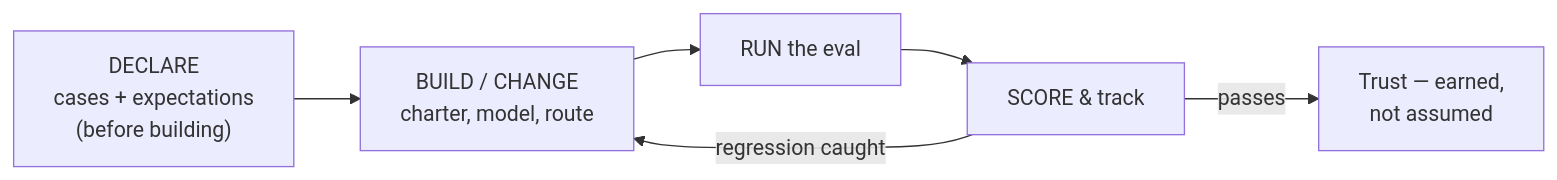
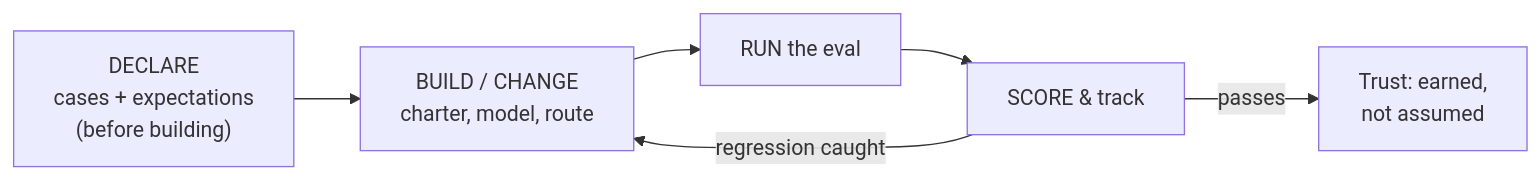
The diagram in guide/05-evals.md (chorusse/agentic-estate), drawn with Mermaid before and after one commit. The commit also changed other lines of this file and 22 other files, not shown here.

````diff
--- a/guide/05-evals.md
+++ b/guide/05-evals.md
@@ -39,8 +39,8 @@
 ```mermaid
 flowchart LR
     declare["DECLARE<br/>cases + expectations<br/>(before building)"] --> build["BUILD / CHANGE<br/>charter, model, route"]
     build --> run["RUN the eval"]
     run --> score["SCORE & track"]
     score -- "regression caught" --> build
-    score -- "passes" --> ship["Trust — earned,<br/>not assumed"]
+    score -- "passes" --> ship["Trust: earned,<br/>not assumed"]
 ```
````
